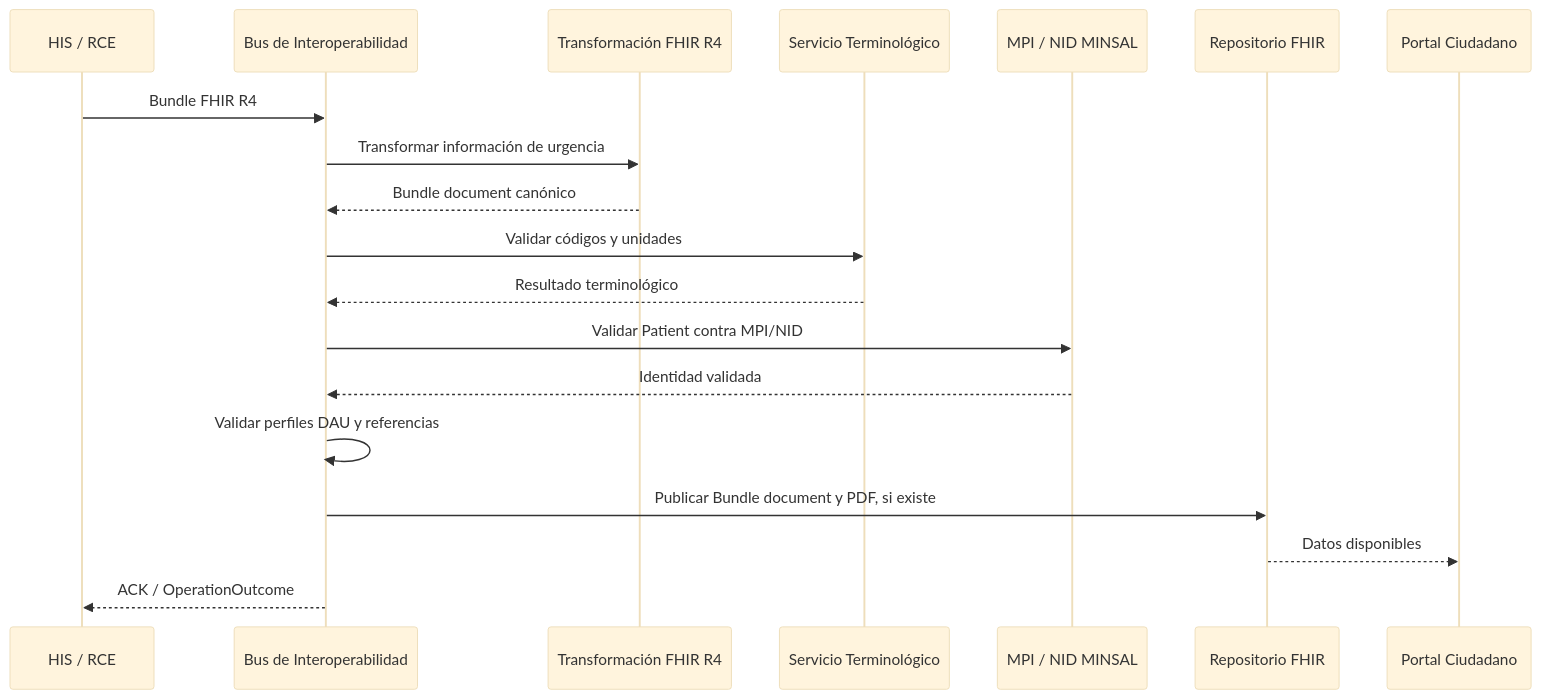
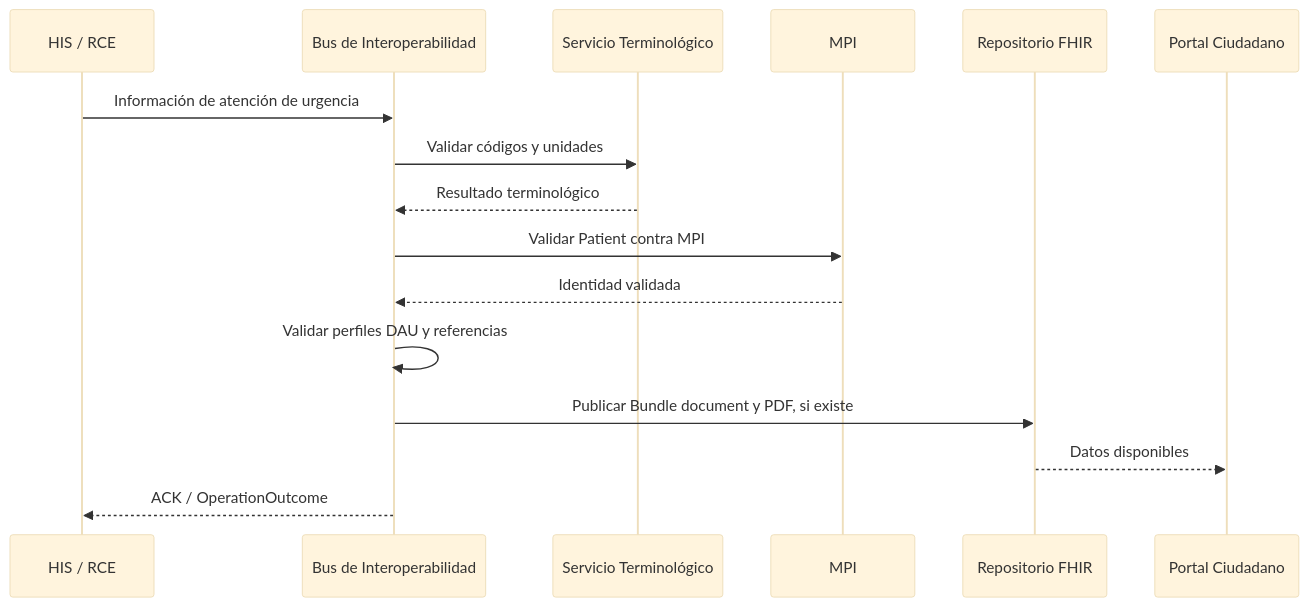
The diagram in input/pagecontent/casos-de-uso.md (rchristiansen/CL-URGENCIA), drawn with Mermaid (base theme) before and after one commit. The commit also changed other lines of this file and 12 other files, not shown here.

```diff
--- a/input/pagecontent/casos-de-uso.md
+++ b/input/pagecontent/casos-de-uso.md
@@ -27,22 +25,19 @@
 <div class="mermaid">
 sequenceDiagram
     participant HIS as HIS / RCE
     participant BUS as Bus de Interoperabilidad
-    participant FHIR as Transformación FHIR R4
     participant TERM as Servicio Terminológico
-    participant MPI as MPI / NID MINSAL
+    participant MPI as MPI
     participant REP as Repositorio FHIR
     participant POR as Portal Ciudadano
 
-    HIS->>BUS: Bundle FHIR R4
-    BUS->>FHIR: Transformar información de urgencia
-    FHIR-->>BUS: Bundle document canónico
+    HIS->>BUS: Información de atención de urgencia
     BUS->>TERM: Validar códigos y unidades
     TERM-->>BUS: Resultado terminológico
-    BUS->>MPI: Validar Patient contra MPI/NID
+    BUS->>MPI: Validar Patient contra MPI
     MPI-->>BUS: Identidad validada
     BUS->>BUS: Validar perfiles DAU y referencias
     BUS->>REP: Publicar Bundle document y PDF, si existe
     REP-->>POR: Datos disponibles
     BUS-->>HIS: ACK / OperationOutcome
 </div>
```
